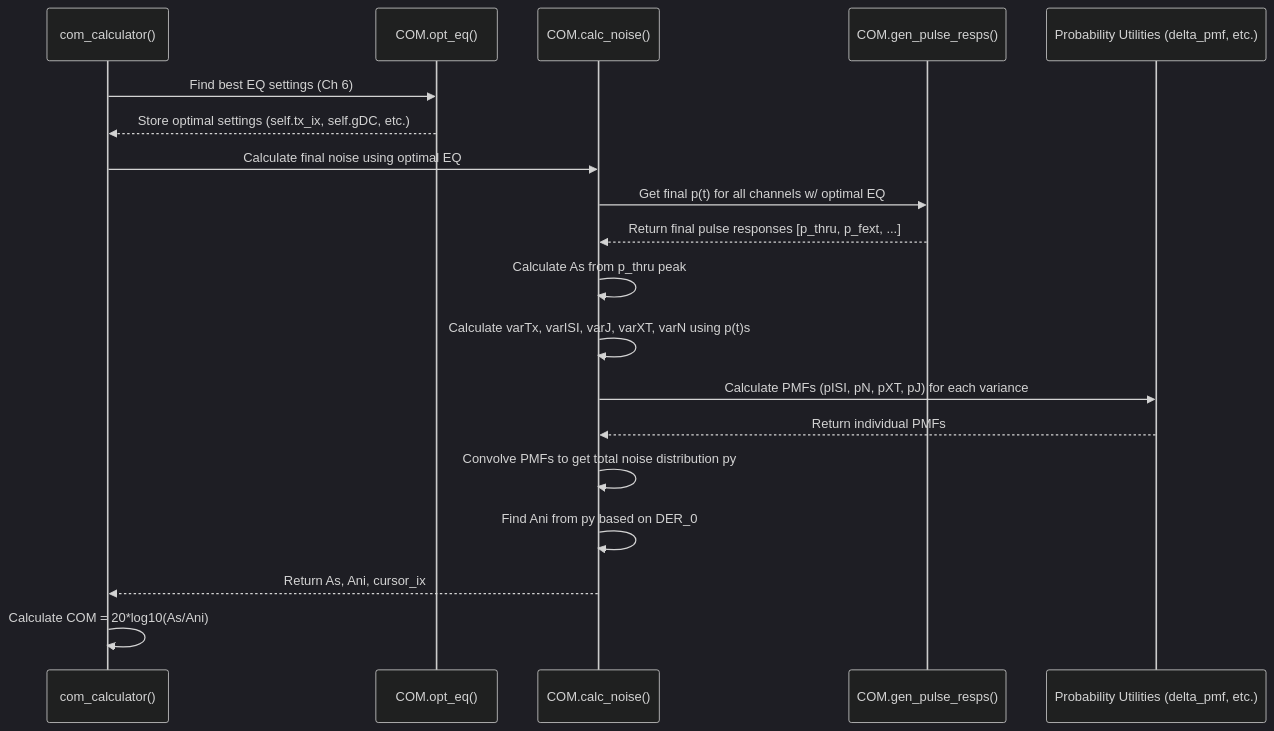
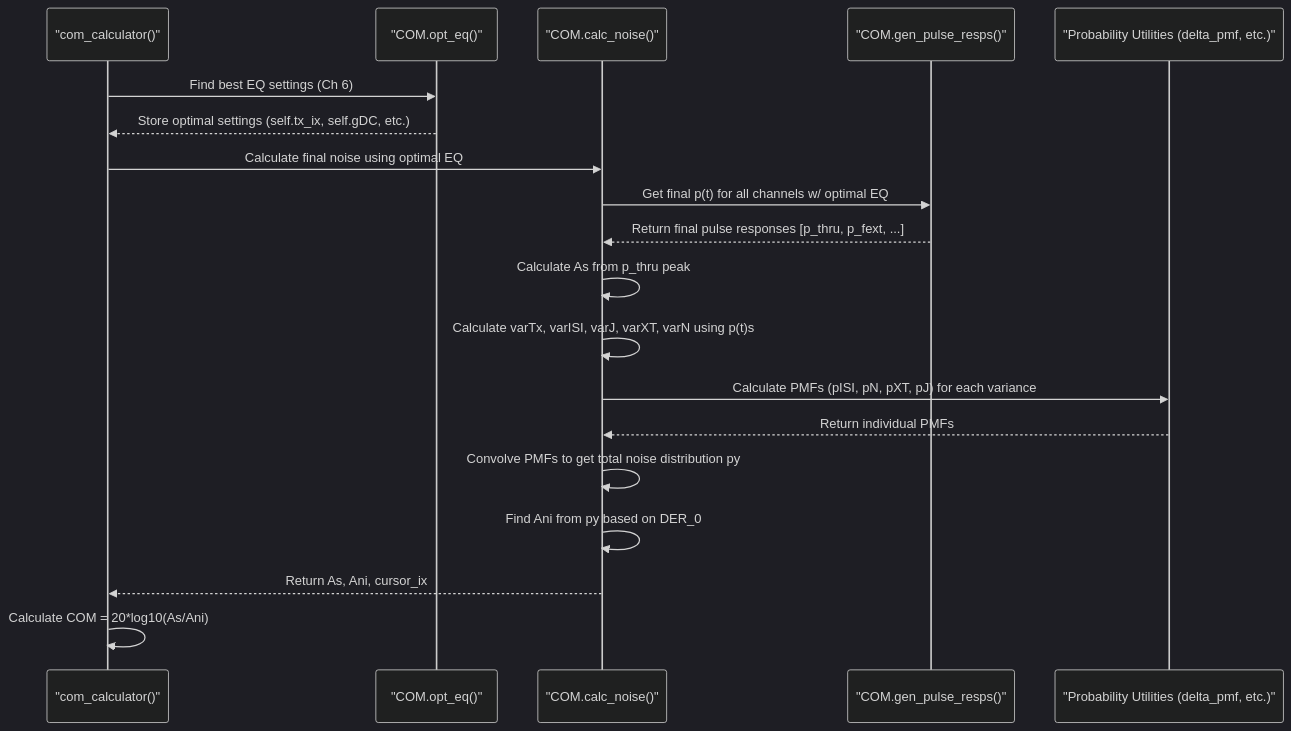
One commit to jueshi/PocketFlow-Tutorial-Codebase-Knowledge changed the diagram in output/PyChOpMarg/07_noise_calculation___noisecalc___.md. Above: the diagram before and after it, drawn with Mermaid (dark theme). The commit also changed 282 other files, not shown here.

````diff
--- a/output/PyChOpMarg/07_noise_calculation___noisecalc___.md
+++ b/output/PyChOpMarg/07_noise_calculation___noisecalc___.md
@@ -98,22 +98,22 @@
 ```mermaid
 sequenceDiagram
-    participant COM_Call as com_calculator()
-    participant OptEq as COM.opt_eq()
-    participant CalcNoise as COM.calc_noise()
-    participant GenPR as COM.gen_pulse_resps()
-    participant PMF_Utils as Probability Utilities (delta_pmf, etc.)
+    participant COM_Call as "com_calculator()"
+    participant OptEq as "COM.opt_eq()"
+    participant CalcNoise as "COM.calc_noise()"
+    participant GenPR as "COM.gen_pulse_resps()"
+    participant PMF_Utils as "Probability Utilities (delta_pmf, etc.)"
 
     COM_Call->>OptEq: Find best EQ settings (Ch 6)
     OptEq-->>COM_Call: Store optimal settings (self.tx_ix, self.gDC, etc.)
     COM_Call->>CalcNoise: Calculate final noise using optimal EQ
     CalcNoise->>GenPR: Get final p(t) for all channels w/ optimal EQ
     GenPR-->>CalcNoise: Return final pulse responses [p_thru, p_fext, ...]
     CalcNoise->>CalcNoise: Calculate As from p_thru peak
     CalcNoise->>CalcNoise: Calculate varTx, varISI, varJ, varXT, varN using p(t)s
     CalcNoise->>PMF_Utils: Calculate PMFs (pISI, pN, pXT, pJ) for each variance
     PMF_Utils-->>CalcNoise: Return individual PMFs
     CalcNoise->>CalcNoise: Convolve PMFs to get total noise distribution py
     CalcNoise->>CalcNoise: Find Ani from py based on DER_0
     CalcNoise-->>COM_Call: Return As, Ani, cursor_ix
     COM_Call->>COM_Call: Calculate COM = 20*log10(As/Ani)
 ```
````
